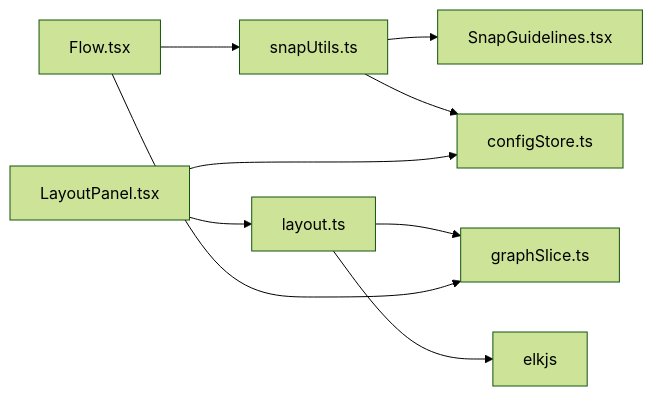
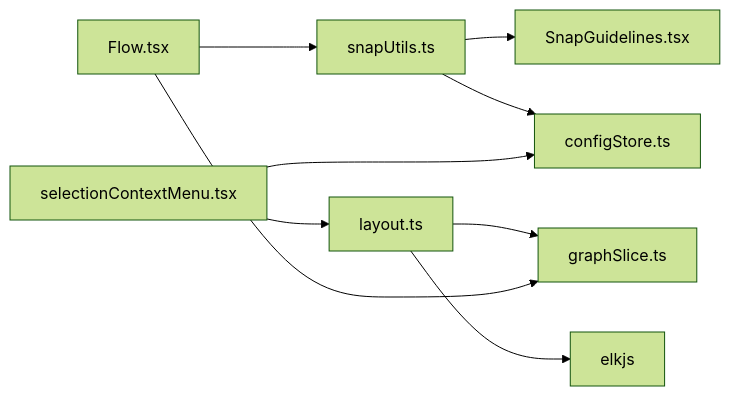
One commit to kqcoxn/MaaPipelineEditor changed the seventh of 7 diagrams in .qoder/repowiki/zh/content/工作流编辑器/布局算法.md. Above: the diagram before and after it, drawn with Mermaid (forest theme). The commit also changed other lines of this file and 22 other files, not shown here.

````diff
--- a/.qoder/repowiki/zh/content/工作流编辑器/布局算法.md
+++ b/.qoder/repowiki/zh/content/工作流编辑器/布局算法.md
@@ -299,11 +308,11 @@
 ```mermaid
 graph LR
 LH["layout.ts"] --> ELK["elkjs"]
 LH --> GS["graphSlice.ts"]
 SU["snapUtils.ts"] --> SG["SnapGuidelines.tsx"]
 SU --> CS["configStore.ts"]
 FLOW["Flow.tsx"] --> SU
 FLOW --> GS
-LP["LayoutPanel.tsx"] --> LH
-LP --> CS
+SCM["selectionContextMenu.tsx"] --> LH
+SCM --> CS
 ```
````
